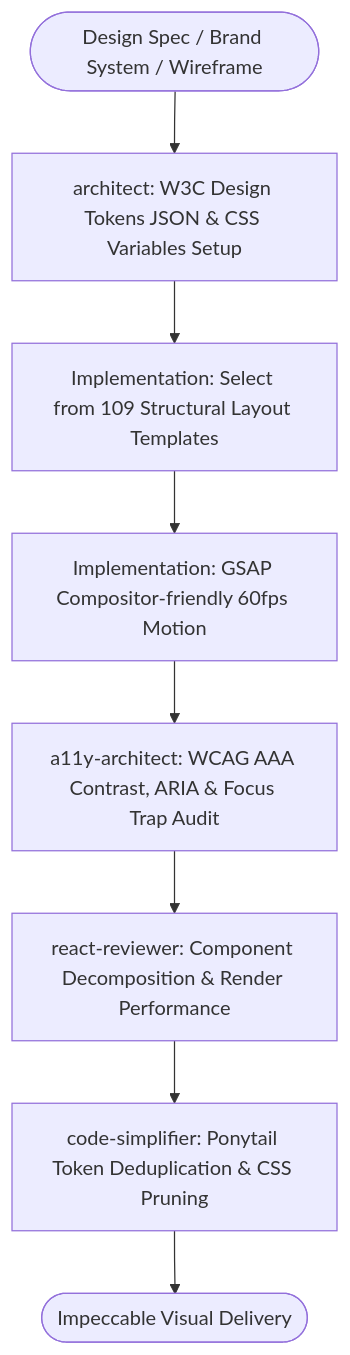
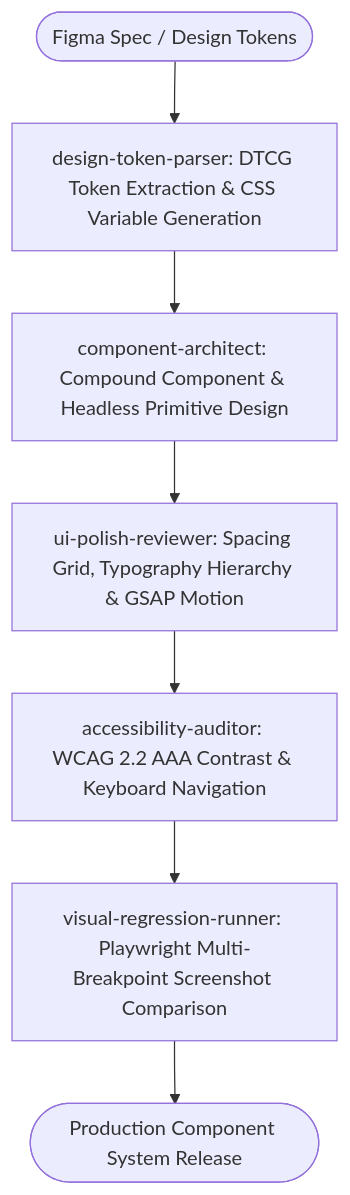
One commit to lengoctuong2005/vibe-rules-hub changed the diagram in workflows/design-to-code-suite.md. Above: the diagram before and after it, drawn with Mermaid. The commit also changed other lines of this file and 26 other files, not shown here.

````diff
--- a/workflows/design-to-code-suite.md
+++ b/workflows/design-to-code-suite.md
@@ -23,10 +23,9 @@
 ```mermaid
 graph TD
-    DesignSpec([Design Spec / Brand System / Wireframe]) --> TokenMapper[architect: W3C Design Tokens JSON & CSS Variables Setup]
-    TokenMapper --> LayoutTemplate[Implementation: Select from 109 Structural Layout Templates]
-    LayoutTemplate --> MotionEng[Implementation: GSAP Compositor-friendly 60fps Motion]
-    MotionEng --> A11yRev[a11y-architect: WCAG AAA Contrast, ARIA & Focus Trap Audit]
-    A11yRev --> ReactRev[react-reviewer: Component Decomposition & Render Performance]
-    ReactRev --> Simplifier[code-simplifier: Ponytail Token Deduplication & CSS Pruning]
-    Simplifier --> Ship([Impeccable Visual Delivery])
+    Design([Figma Spec / Design Tokens]) --> TokenParser[design-token-parser: DTCG Token Extraction & CSS Variable Generation]
+    TokenParser --> ComponentArchitect[component-architect: Compound Component & Headless Primitive Design]
+    ComponentArchitect --> UIPolish[ui-polish-reviewer: Spacing Grid, Typography Hierarchy & GSAP Motion]
+    UIPolish --> A11yAuditor[accessibility-auditor: WCAG 2.2 AAA Contrast & Keyboard Navigation]
+    A11yAuditor --> VisualRunner[visual-regression-runner: Playwright Multi-Breakpoint Screenshot Comparison]
+    VisualRunner --> UIRelease([Production Component System Release])
 ```
````
